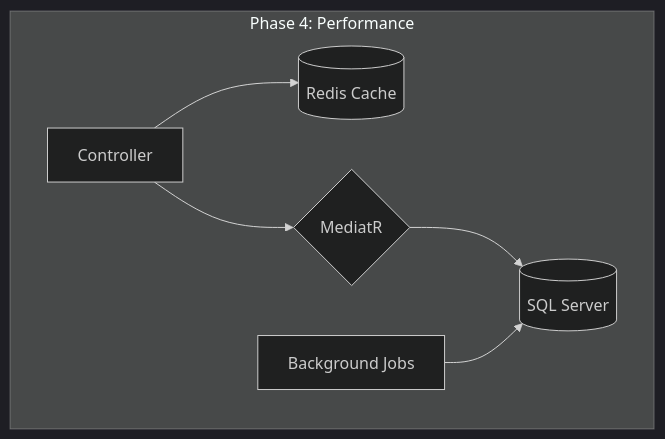
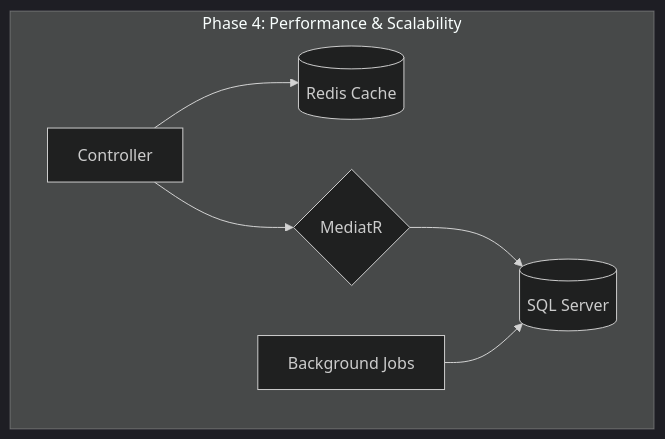
One commit to the-sauravkumar/ScaleStore changed the sixth of 7 diagrams in README.md. Above: the diagram before and after it, drawn with Mermaid (dark theme). The commit also changed other lines of this file, not shown here.

````diff
--- a/README.md
+++ b/README.md
@@ -312,10 +329,10 @@
 ```mermaid
 graph TD
-    subgraph Phase 4: Performance
+    subgraph Phase 4: Performance & Scalability
         C4[Controller] --> Cache4[(Redis Cache)]
         C4 --> M4{MediatR}
         M4 --> DB4[(SQL Server)]
         Job4[Background Jobs] --> DB4
     end
 
 ```
````
